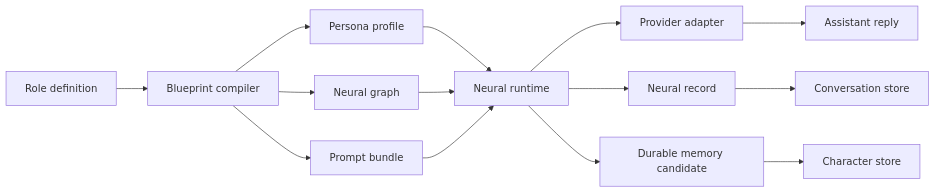
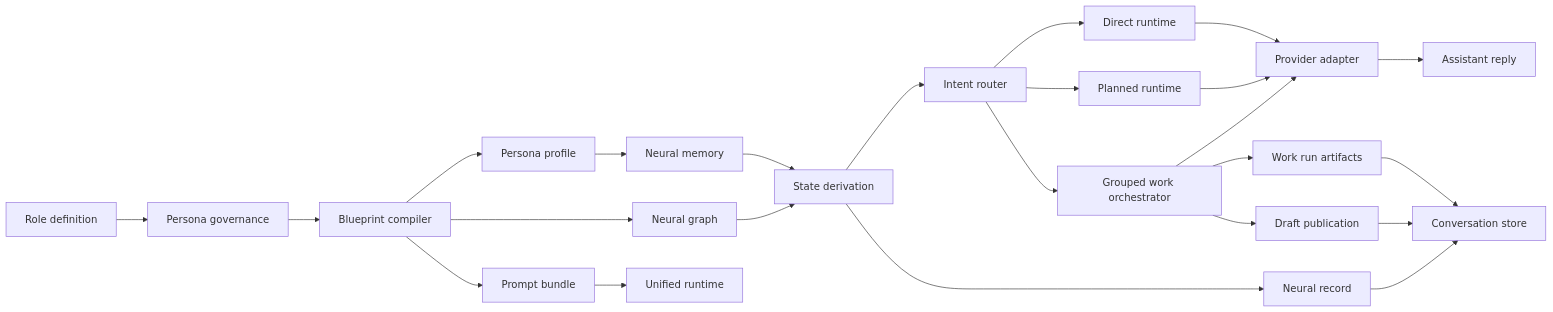
The first of 2 diagrams in README.md (Libre-Connect/liberth-neural), drawn with Mermaid before and after one commit. The commit also changed other lines of this file and 18 other files, not shown here.

````diff
--- a/README.md
+++ b/README.md
@@ -146,16 +154,26 @@
 ```mermaid
 flowchart LR
-  A["Role definition"] --> B["Blueprint compiler"]
-  B --> C["Persona profile"]
-  B --> D["Neural graph"]
-  B --> E["Prompt bundle"]
-  C --> F["Neural runtime"]
-  D --> F
-  E --> F
-  F --> G["Provider adapter"]
-  G --> H["Assistant reply"]
-  F --> I["Neural record"]
-  F --> J["Durable memory candidate"]
-  I --> K["Conversation store"]
-  J --> L["Character store"]
+  A["Role definition"] --> B["Persona governance"]
+  B --> C["Blueprint compiler"]
+  C --> D["Persona profile"]
+  C --> E["Neural graph"]
+  C --> F["Prompt bundle"]
+  D --> G["Neural memory"]
+  E --> H["State derivation"]
+  F --> I["Unified runtime"]
+  G --> H
+  H --> J["Intent router"]
+  J --> K["Direct runtime"]
+  J --> L["Planned runtime"]
+  J --> M["Grouped work orchestrator"]
+  K --> N["Provider adapter"]
+  L --> N
+  M --> N
+  M --> O["Work run artifacts"]
+  M --> P["Draft publication"]
+  N --> Q["Assistant reply"]
+  H --> R["Neural record"]
+  R --> S["Conversation store"]
+  O --> S
+  P --> S
 ```
````
